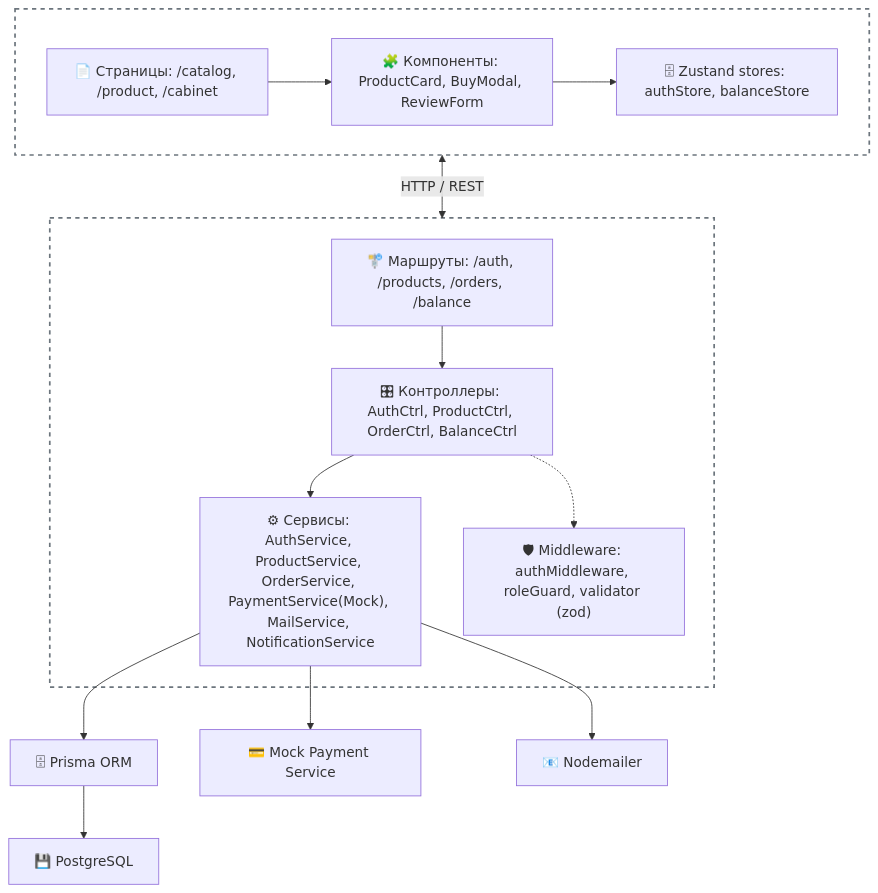
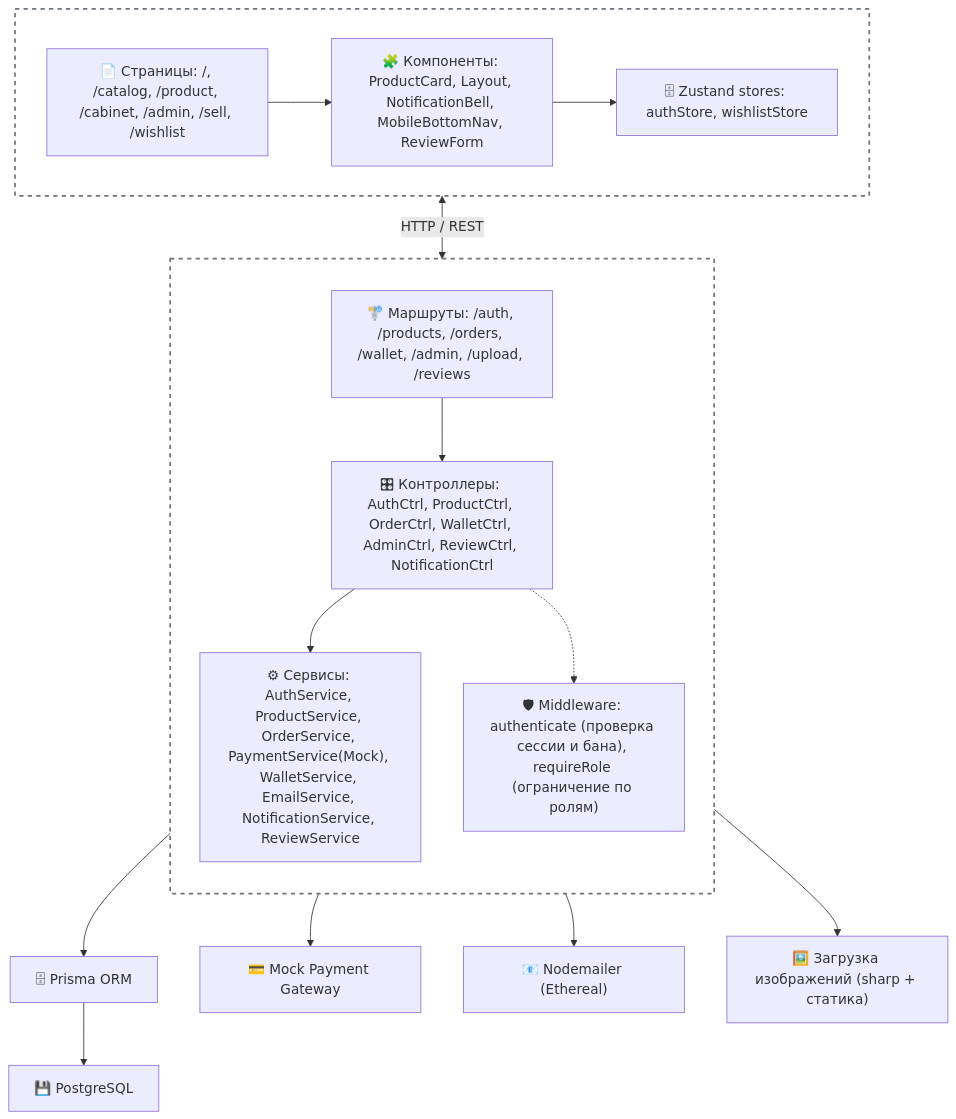
Before and after one commit to Zamchik/Final_Project: the diagram in README.md, drawn with Mermaid. The commit also changed other lines of this file, not shown here.

````diff
--- a/README.md
+++ b/README.md
@@ -206,29 +145,31 @@
 ```mermaid
 graph TD
     subgraph Client[" "]
-        Pages["📄 Страницы: /catalog, /product, /cabinet"]
-        Components["🧩 Компоненты: ProductCard, BuyModal, ReviewForm"]
-        Stores["🗄 Zustand stores: authStore, balanceStore"]
+        direction LR
+        Pages["📄 Страницы: /, /catalog, /product, /cabinet, /admin, /sell, /wishlist"]
+        Components["🧩 Компоненты: ProductCard, Layout, NotificationBell, MobileBottomNav, ReviewForm"]
+        Stores["🗄 Zustand stores: authStore, wishlistStore"]
         Pages --> Components --> Stores
     end
 
     Client <-->|"HTTP / REST"| Server
 
     subgraph Server[" "]
-        Routes["🚏 Маршруты: /auth, /products, /orders, /balance"]
-        Controllers["🎛 Контроллеры: AuthCtrl, ProductCtrl, OrderCtrl, BalanceCtrl"]
-        Services["⚙ Сервисы: AuthService, ProductService, OrderService, PaymentService(Mock), MailService, NotificationService"]
-        Middleware["🛡 Middleware: authMiddleware, roleGuard, validator (zod)"]
+        direction TB
+        Routes["🚏 Маршруты: /auth, /products, /orders, /wallet, /admin, /upload, /reviews"]
+        Controllers["🎛 Контроллеры: AuthCtrl, ProductCtrl, OrderCtrl, WalletCtrl, AdminCtrl, ReviewCtrl, NotificationCtrl"]
+        Services["⚙ Сервисы: AuthService, ProductService, OrderService, PaymentService(Mock), WalletService, EmailService, NotificationService, ReviewService"]
+        Middleware["🛡 Middleware: authenticate (проверка сессии и бана), requireRole (ограничение по ролям)"]
         Routes --> Controllers --> Services
         Controllers -.-> Middleware
     end
 
     Services --> Prisma["🗄 Prisma ORM"]
     Prisma --> DB["💾 PostgreSQL"]
-    Services --> External1["💳 Mock Payment Service"]
-    Services --> External2["📧 Nodemailer"]
+    Services --> External1["💳 Mock Payment Gateway"]
+    Services --> External2["📧 Nodemailer (Ethereal)"]
+    Services --> External3["🖼️ Загрузка изображений (sharp + статика)"]
 
-    %% Убираем серый фон и рамки у контейнеров
     style Client fill:none,stroke:#6c757d,stroke-width:2px,stroke-dasharray:5 5
     style Server fill:none,stroke:#6c757d,stroke-width:2px,stroke-dasharray:5 5
 ```
````
